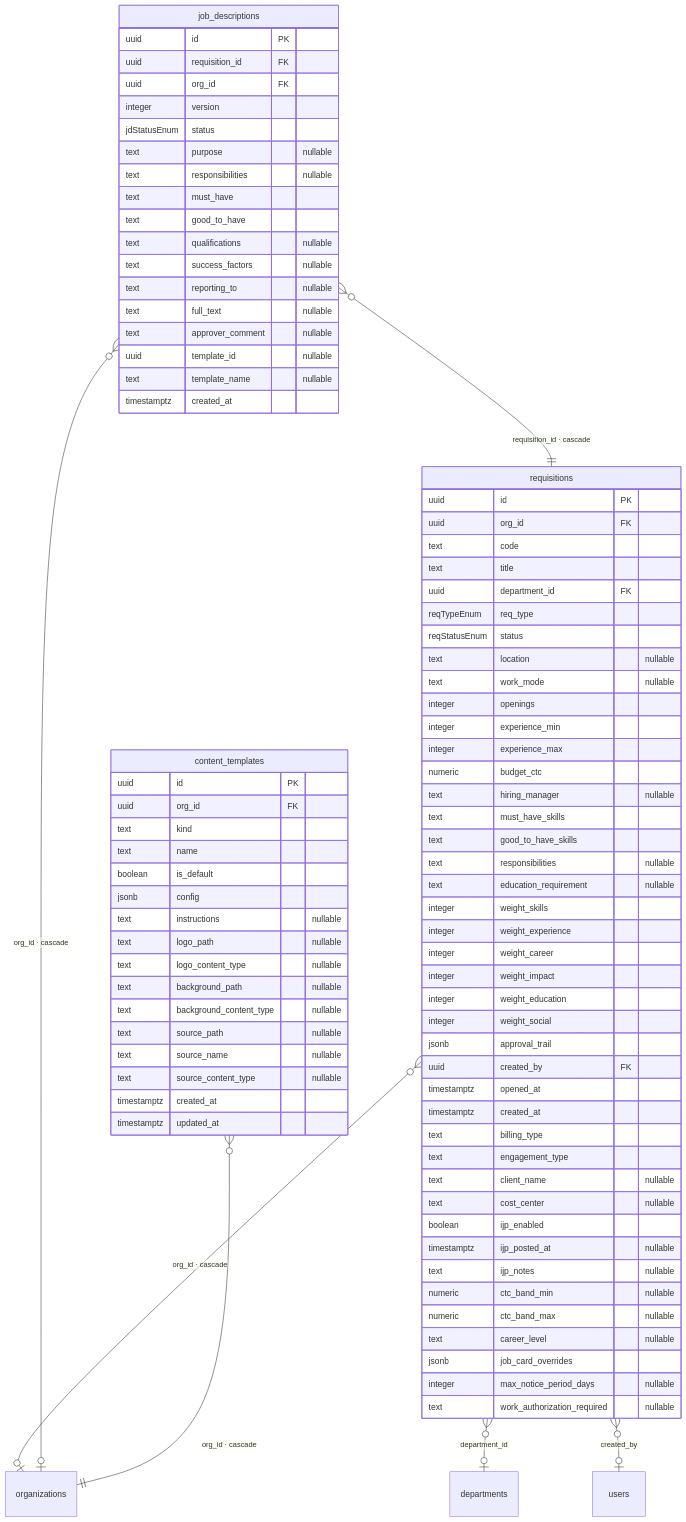
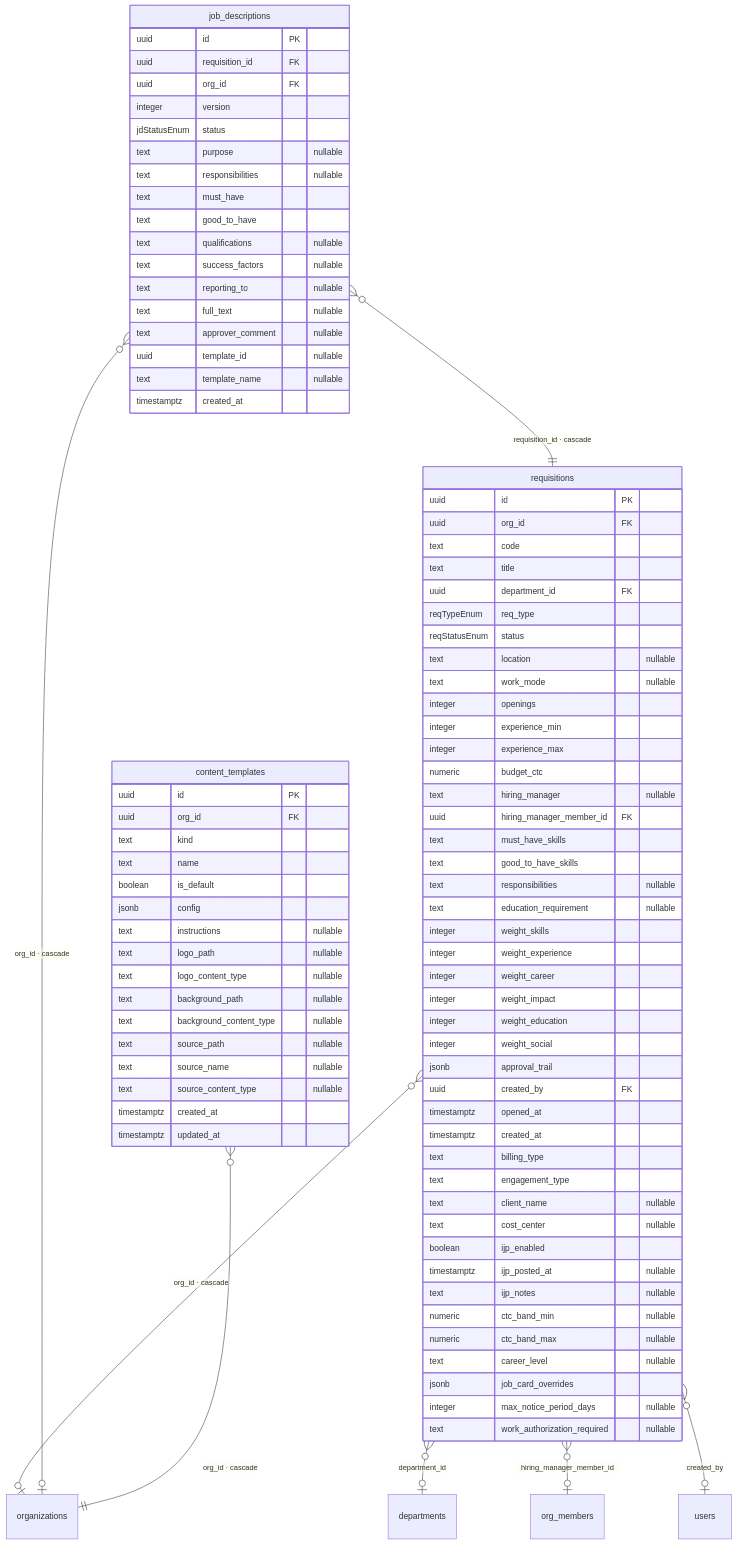
Before and after one commit to madhugraj/ATSAgent: the third of 9 diagrams in docs/er-diagram.md, drawn with Mermaid. The commit also changed other lines of this file and 14 other files, not shown here.

First line of the commit message:
feat(panels): P0 — interviewer profiles, hiring manager as a member

```diff
--- a/docs/er-diagram.md
+++ b/docs/er-diagram.md
@@ -203,6 +203,7 @@
     integer experience_max
     numeric budget_ctc
     text hiring_manager "nullable"
+    uuid hiring_manager_member_id FK
     text must_have_skills
     text good_to_have_skills
     text responsibilities "nullable"
@@ -271,6 +272,7 @@
 
   requisitions }o--o| organizations : "org_id · cascade"
   requisitions }o--o| departments : "department_id"
+  requisitions }o--o| org_members : "hiring_manager_member_id"
   requisitions }o--o| users : "created_by"
   job_descriptions }o--|| requisitions : "requisition_id · cascade"
   job_descriptions }o--o| organizations : "org_id · cascade"
```
